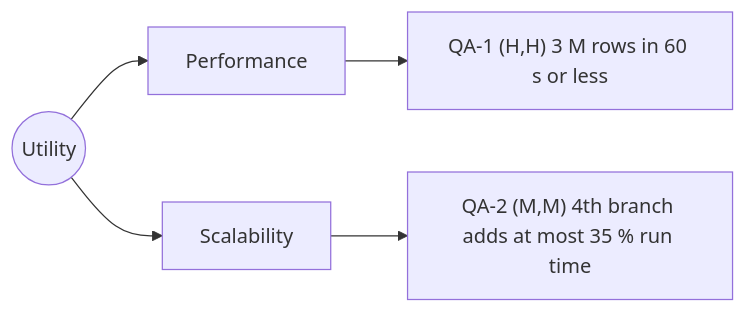
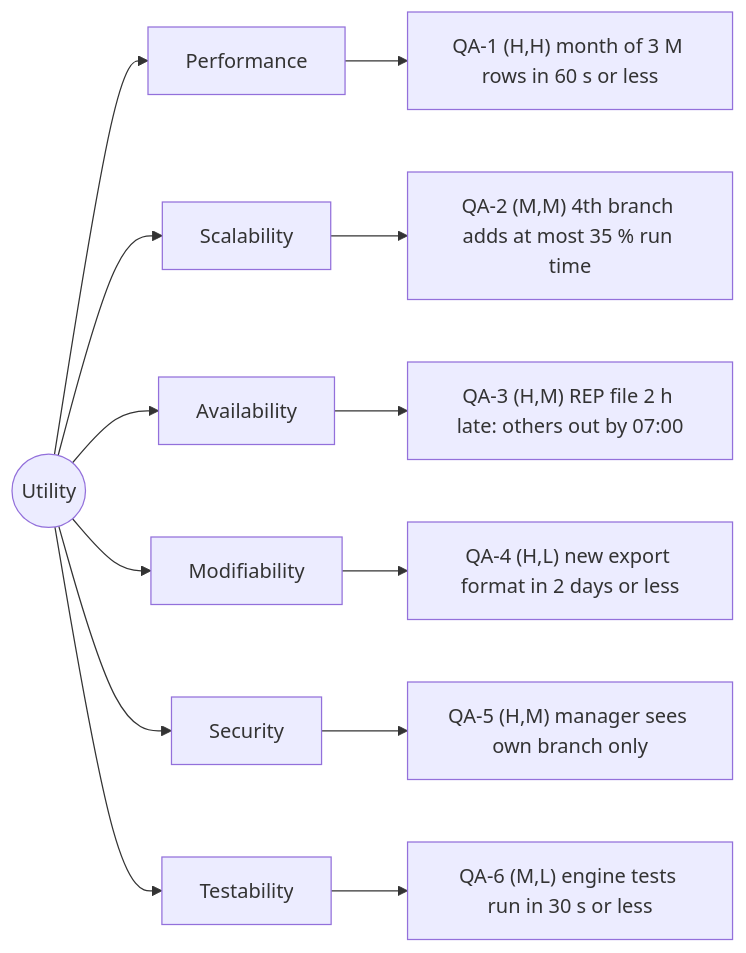
One commit to wasd-qec/sales-report-Team11 changed the diagram in lab01/quality-scenarios.md. Above: the diagram before and after it, drawn with Mermaid. The commit also changed other lines of this file and 3 other files, not shown here.

````diff
--- a/lab01/quality-scenarios.md
+++ b/lab01/quality-scenarios.md
@@ -26,7 +36,15 @@
 ```mermaid
 flowchart LR
   U((Utility)) --> P[Performance]
   U --> S[Scalability]
-  P --> QA1["QA-1 (H,H) 3 M rows in 60 s or less"]
+  U --> A[Availability]
+  U --> M[Modifiability]
+  U --> Se[Security]
+  U --> T[Testability]
+  P --> QA1["QA-1 (H,H) month of 3 M rows in 60 s or less"]
   S --> QA2["QA-2 (M,M) 4th branch adds at most 35 % run time"]
+  A --> QA3["QA-3 (H,M) REP file 2 h late: others out by 07:00"]
+  M --> QA4["QA-4 (H,L) new export format in 2 days or less"]
+  Se --> QA5["QA-5 (H,M) manager sees own branch only"]
+  T --> QA6["QA-6 (M,L) engine tests run in 30 s or less"]
 ```
````
